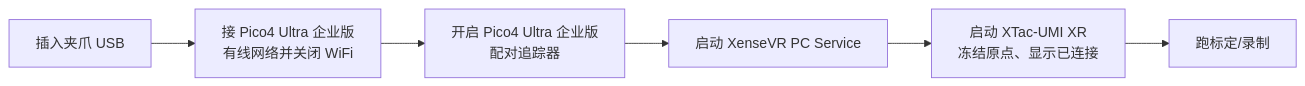
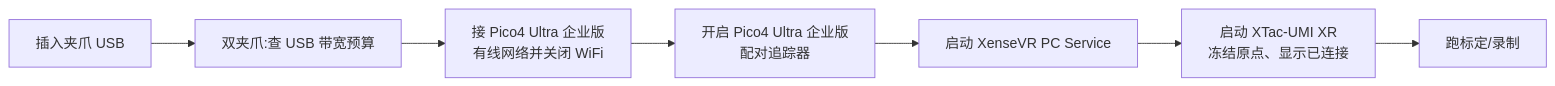
Before and after one commit to XenseRobotics-AI/XTac-UMI-G1-Docs: the diagram in docs/03-host-hardware.md, drawn with Mermaid. The commit also changed other lines of this file and 1 other file, not shown here.

````diff
--- a/docs/03-host-hardware.md
+++ b/docs/03-host-hardware.md
@@ -532,8 +533,9 @@
 ```mermaid
 flowchart LR
-    A[插入夹爪 USB] --> N[接 Pico4 Ultra 企业版<br/>有线网络并关闭 WiFi]
+    A[插入夹爪 USB] --> U[双夹爪:查 USB 带宽预算]
+    U --> N[接 Pico4 Ultra 企业版<br/>有线网络并关闭 WiFi]
     N --> B[开启 Pico4 Ultra 企业版<br/>配对追踪器]
     B --> D[启动 XenseVR PC Service]
     D --> C[启动 XTac-UMI XR<br/>冻结原点、显示已连接]
     C --> E[跑标定/录制]
 ```
````
